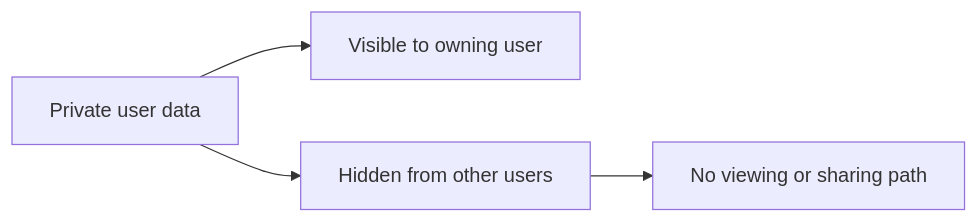
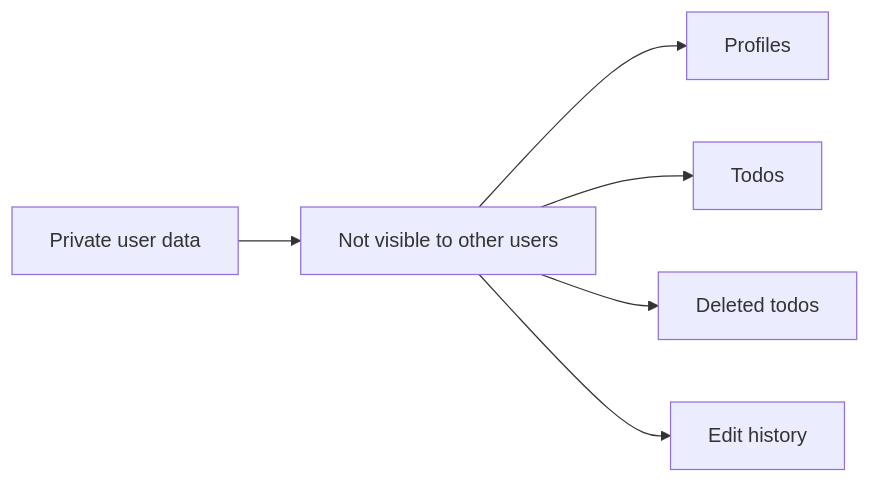
Before and after one commit to wrtnlabs/autobe-examples: the fourth of 4 diagrams in openai/gpt-5.4-mini/todo/docs/analysis/05-non-functional.md, drawn with Mermaid. The commit also changed other lines of this file and 6645 other files, not shown here.

````diff
--- a/openai/gpt-5.4-mini/todo/docs/analysis/05-non-functional.md
+++ b/openai/gpt-5.4-mini/todo/docs/analysis/05-non-functional.md
@@ -71,6 +80,8 @@
 ```mermaid
 flowchart LR
-    A["Private user data"] --> B["Visible to owning user"]
-    A --> C["Hidden from other users"]
-    C --> D["No viewing or sharing path"]
+    A["Private user data"] --> B["Not visible to other users"]
+    B --> C["Profiles"]
+    B --> D["Todos"]
+    B --> E["Deleted todos"]
+    B --> F["Edit history"]
 ```
````
